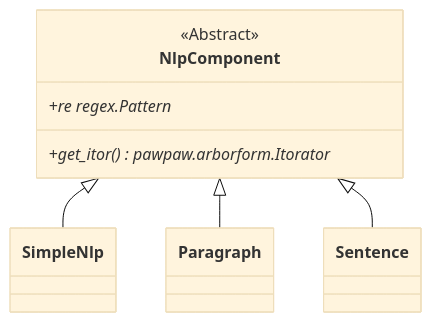
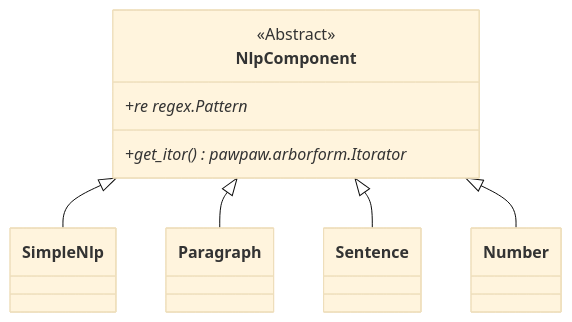
The diagram in docs/7. NLP.md (rlayers/pawpaw), drawn with Mermaid (base theme) before and after one commit. The commit also changed 5 other files, not shown here.

````diff
--- a/docs/7. NLP.md
+++ b/docs/7. NLP.md
@@ -23,12 +23,13 @@
 ```mermaid
 classDiagram
   class NlpComponent{
       <<Abstract>>
       +re regex.Pattern*
       +get_itor() pawpaw.arborform.Itorator*
   }
   
   NlpComponent <|-- SimpleNlp
   NlpComponent <|-- Paragraph
   NlpComponent <|-- Sentence
+  NlpComponent <|-- Number
 ```
````
